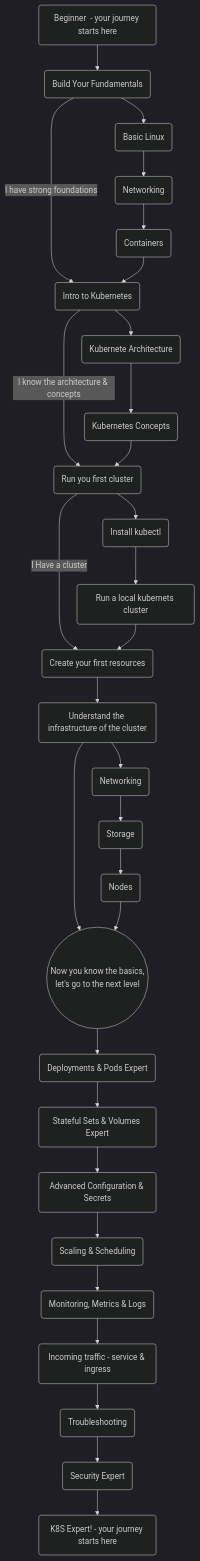
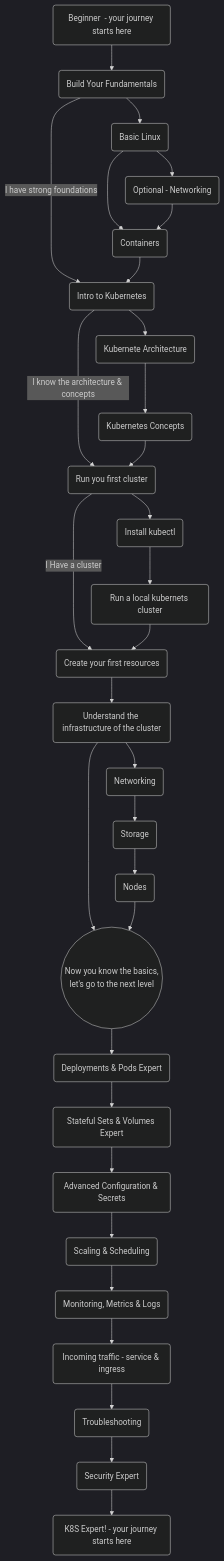
The diagram in README.md (guymenahem/the-kubernetes-journey), drawn with Mermaid (dark theme) before and after one commit. The commit also changed 1 other file, not shown here.

Commit message:
basic linux

```diff
--- a/README.md
+++ b/README.md
@@ -18,9 +18,11 @@
         fundamentals -- I have strong foundations --> k8s-intro
 
             linux(Basic Linux)
+            click linux "https://github.com/guymenahem/the-kubernetes-journey/tree/main/Beginner/basic-linux"
             linux --> networking
+            linux --> containers
 
-            networking(Networking)
+            networking(Optional -  Networking)
             networking --> containers
 
             containers(Containers)
```
